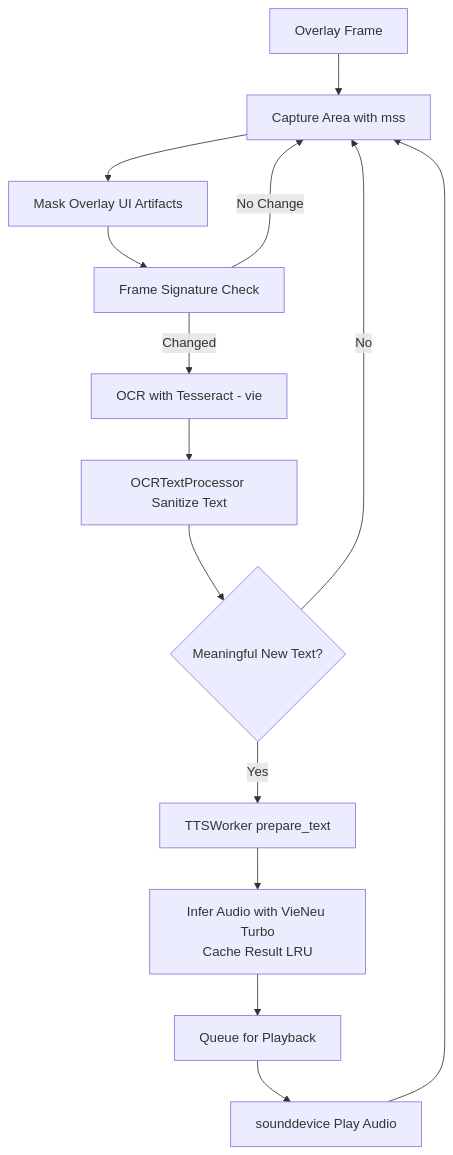
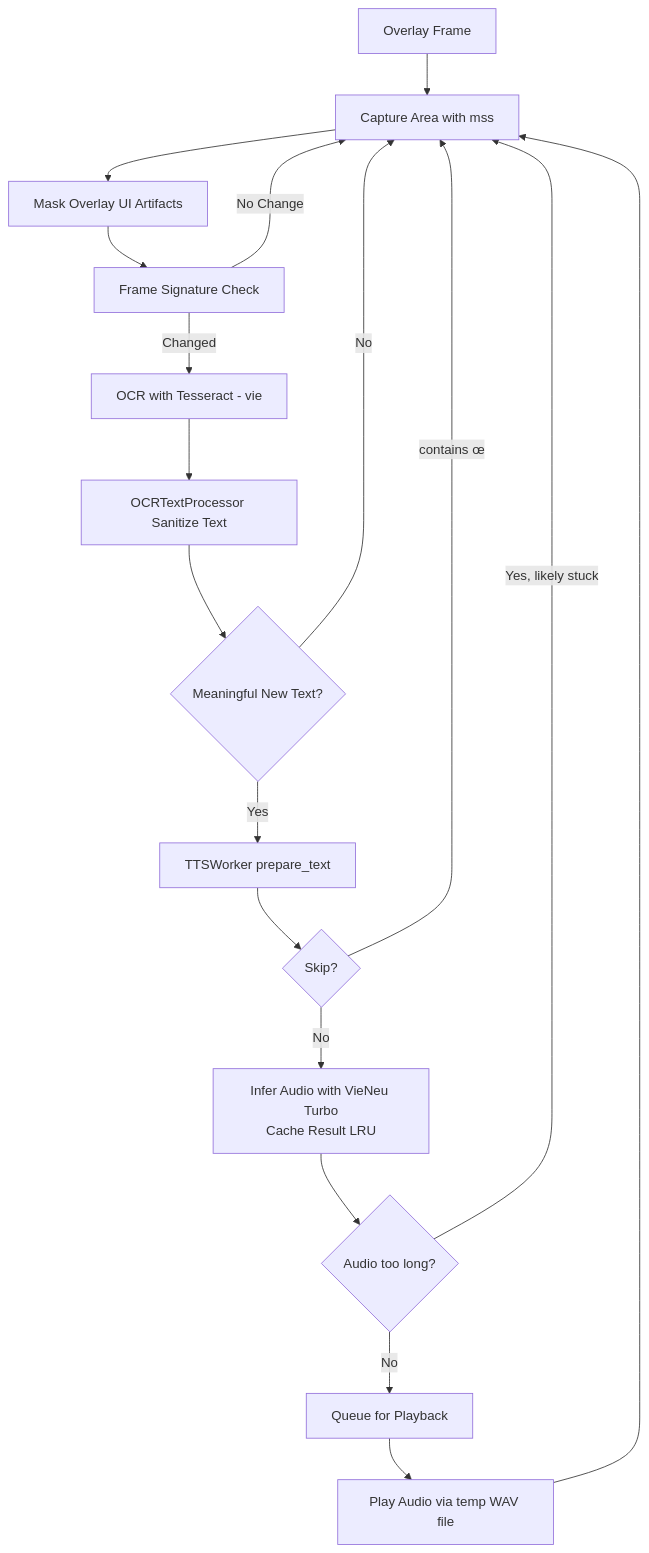
The diagram in README.md (famtong8-dev/w3-speak-shot), drawn with Mermaid before and after one commit. The commit also changed other lines of this file, not shown here.

````diff
--- a/README.md
+++ b/README.md
@@ -77,16 +78,20 @@
 ```mermaid
 flowchart TD
     A[Overlay Frame] --> B[Capture Area with mss]
     B --> C[Mask Overlay UI Artifacts]
     C --> D[Frame Signature Check]
     D -- No Change --> B
     D -- Changed --> E[OCR with Tesseract - vie]
     E --> F[OCRTextProcessor Sanitize Text]
     F --> G{Meaningful New Text?}
     G -- No --> B
     G -- Yes --> H[TTSWorker prepare_text]
-    H --> I[Infer Audio with VieNeu Turbo<br/>Cache Result LRU]
-    I --> J[Queue for Playback]
-    J --> K[sounddevice Play Audio]
-    K --> B
+    H --> I{Skip?}
+    I -- contains œ --> B
+    I -- No --> J[Infer Audio with VieNeu Turbo<br/>Cache Result LRU]
+    J --> K{Audio too long?}
+    K -- Yes, likely stuck --> B
+    K -- No --> L[Queue for Playback]
+    L --> M[Play Audio via temp WAV file]
+    M --> B
 ```
````
